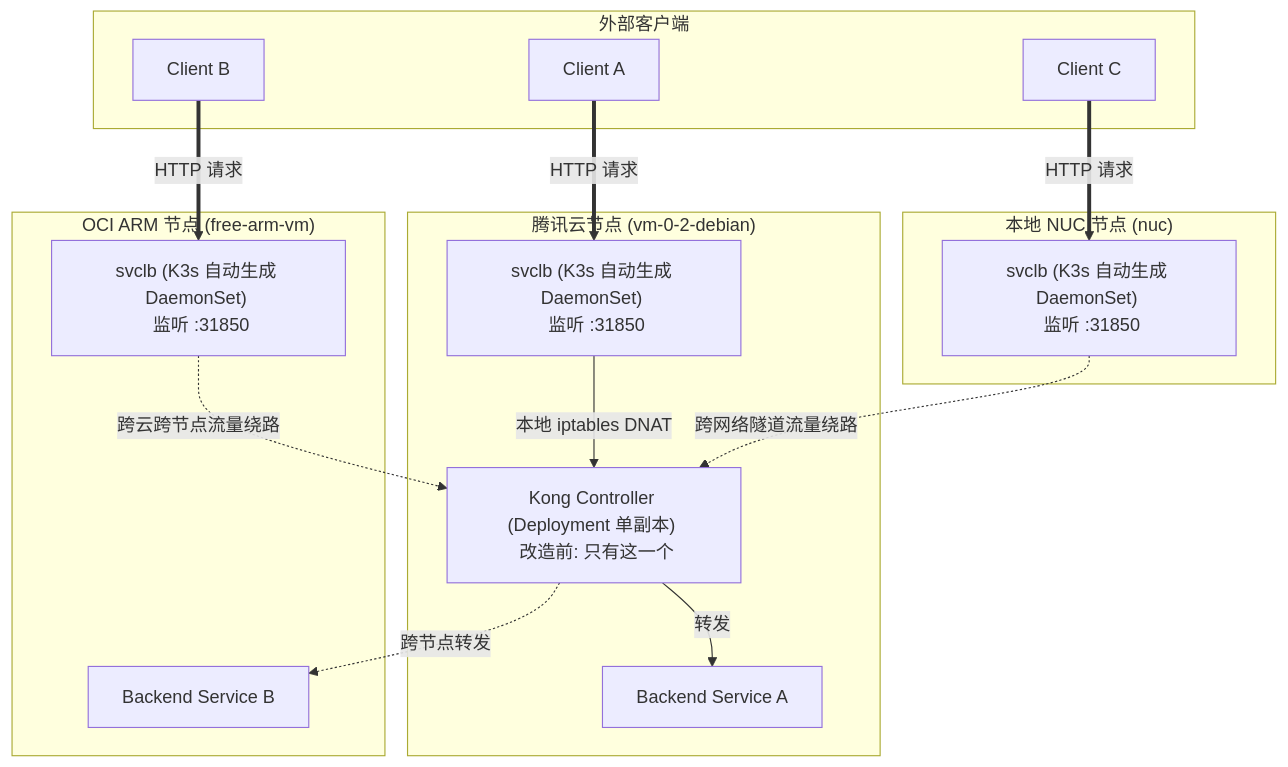
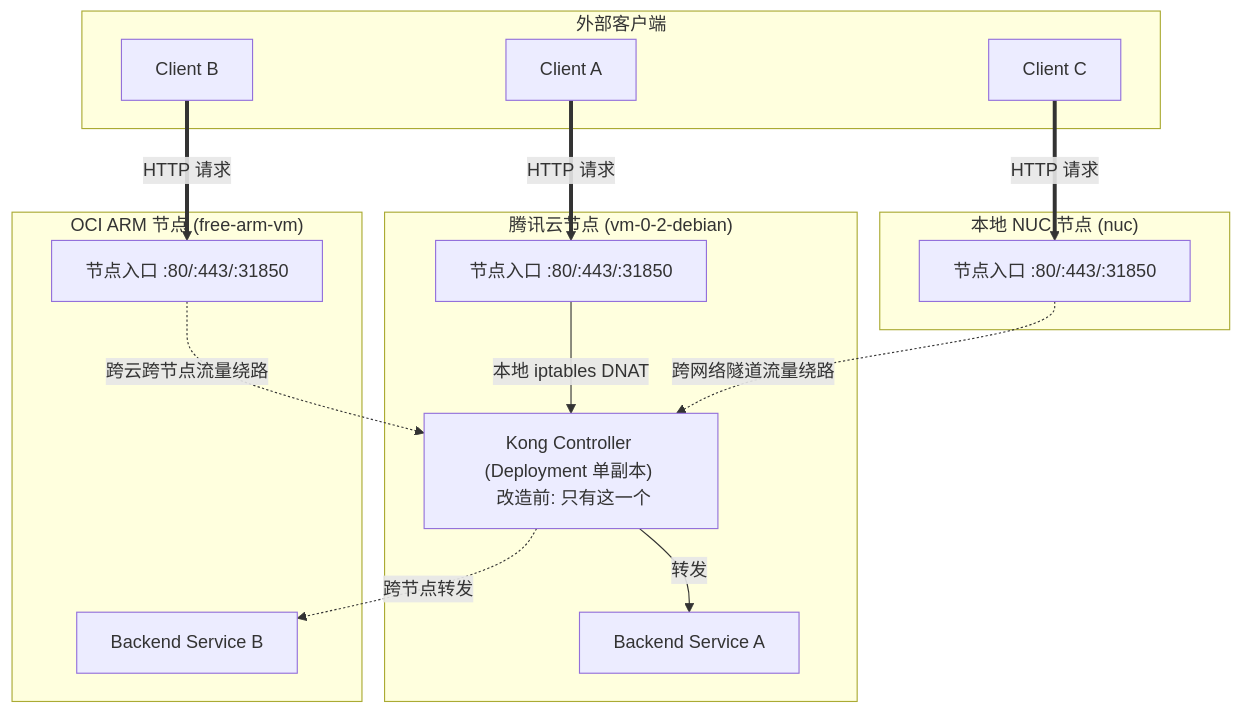
Before and after one commit to nvd11/my-blogs: the first of 3 diagrams in kong_ha_daemonset_local_traffic_architecture.md, drawn with Mermaid. The commit also changed other lines of this file, not shown here.

Commit message:
docs(kong): deep dive on svclb MASQUERADE bypassing externalTrafficPolicy Local and externalIPs fix

````diff
--- a/kong_ha_daemonset_local_traffic_architecture.md
+++ b/kong_ha_daemonset_local_traffic_architecture.md
@@ -37,34 +41,34 @@
 ```mermaid
 graph TD
     subgraph Clients ["外部客户端"]
         C1["Client A"]
         C2["Client B"]
         C3["Client C"]
     end
 
     subgraph Node1 ["腾讯云节点 (vm-0-2-debian)"]
-        LB1["svclb (K3s 自动生成 DaemonSet) <br/> 监听 :31850"]
+        LB1["节点入口 :80/:443/:31850"]
         KongPod1["Kong Controller (Deployment 单副本) <br/> 改造前: 只有这一个"]
         Svc1["Backend Service A"]
     end
 
     subgraph Node2 ["OCI ARM 节点 (free-arm-vm)"]
-        LB2["svclb (K3s 自动生成 DaemonSet) <br/> 监听 :31850"]
+        LB2["节点入口 :80/:443/:31850"]
         Svc2["Backend Service B"]
     end
 
     subgraph Node3 ["本地 NUC 节点 (nuc)"]
-        LB3["svclb (K3s 自动生成 DaemonSet) <br/> 监听 :31850"]
+        LB3["节点入口 :80/:443/:31850"]
     end
 
     C1 ==>|HTTP 请求| LB1
     C2 ==>|HTTP 请求| LB2
     C3 ==>|HTTP 请求| LB3
 
     LB1 -->|本地 iptables DNAT| KongPod1
     LB2 -.->|跨云跨节点流量绕路| KongPod1
     LB3 -.->|跨网络隧道流量绕路| KongPod1
 
     KongPod1 -->|转发| Svc1
     KongPod1 -.->|跨节点转发| Svc2
 ```
````
